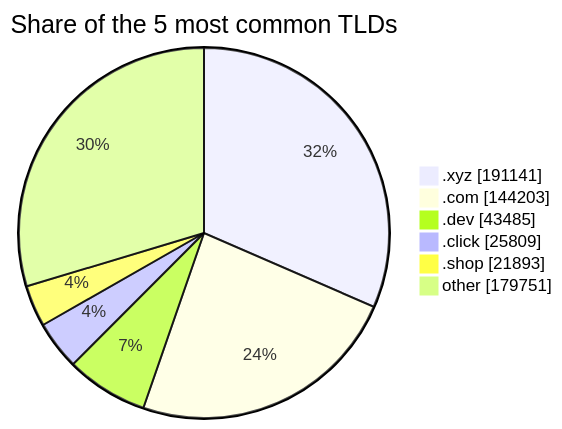
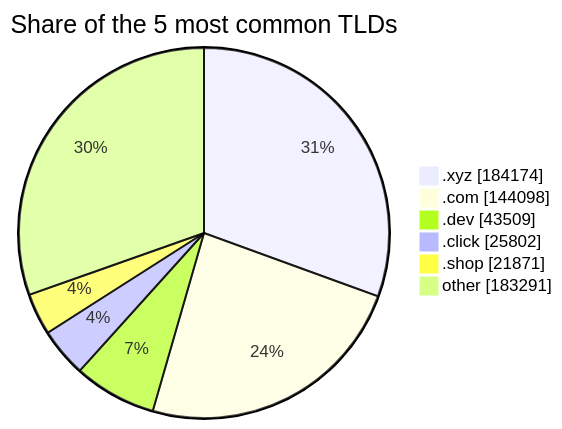
Before and after one commit to DNSBunker/CTI: the third of 3 diagrams in README.md, drawn with Mermaid. The commit also changed other lines of this file and 3 other files, not shown here.

````diff
--- a/README.md
+++ b/README.md
@@ -81,9 +81,9 @@
 ```mermaid
 pie showData title Share of the 5 most common TLDs
-    ".xyz" : 191141
-    ".com" : 144203
-    ".dev" : 43485
-    ".click" : 25809
-    ".shop" : 21893
-    "other" : 179751
+    ".xyz" : 184174
+    ".com" : 144098
+    ".dev" : 43509
+    ".click" : 25802
+    ".shop" : 21871
+    "other" : 183291
 ```
````
